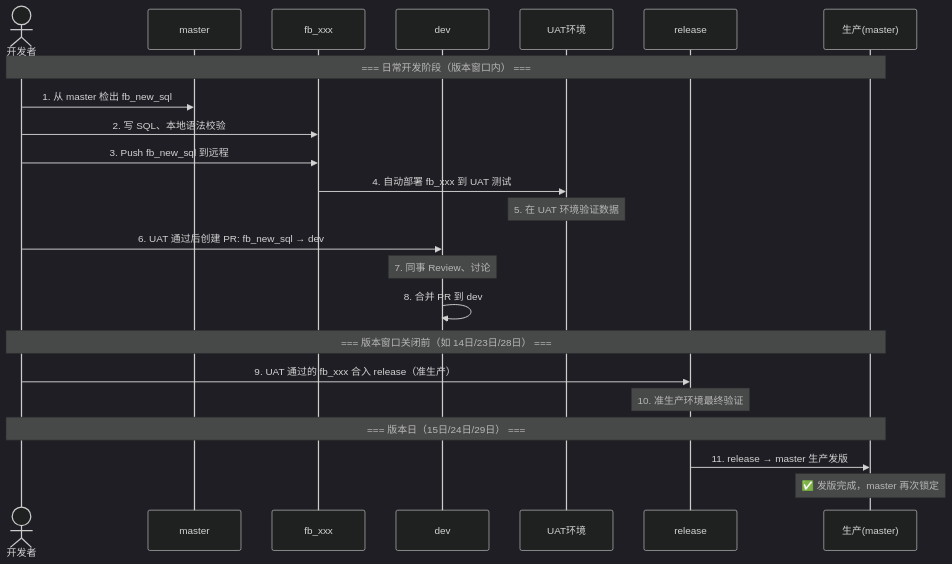
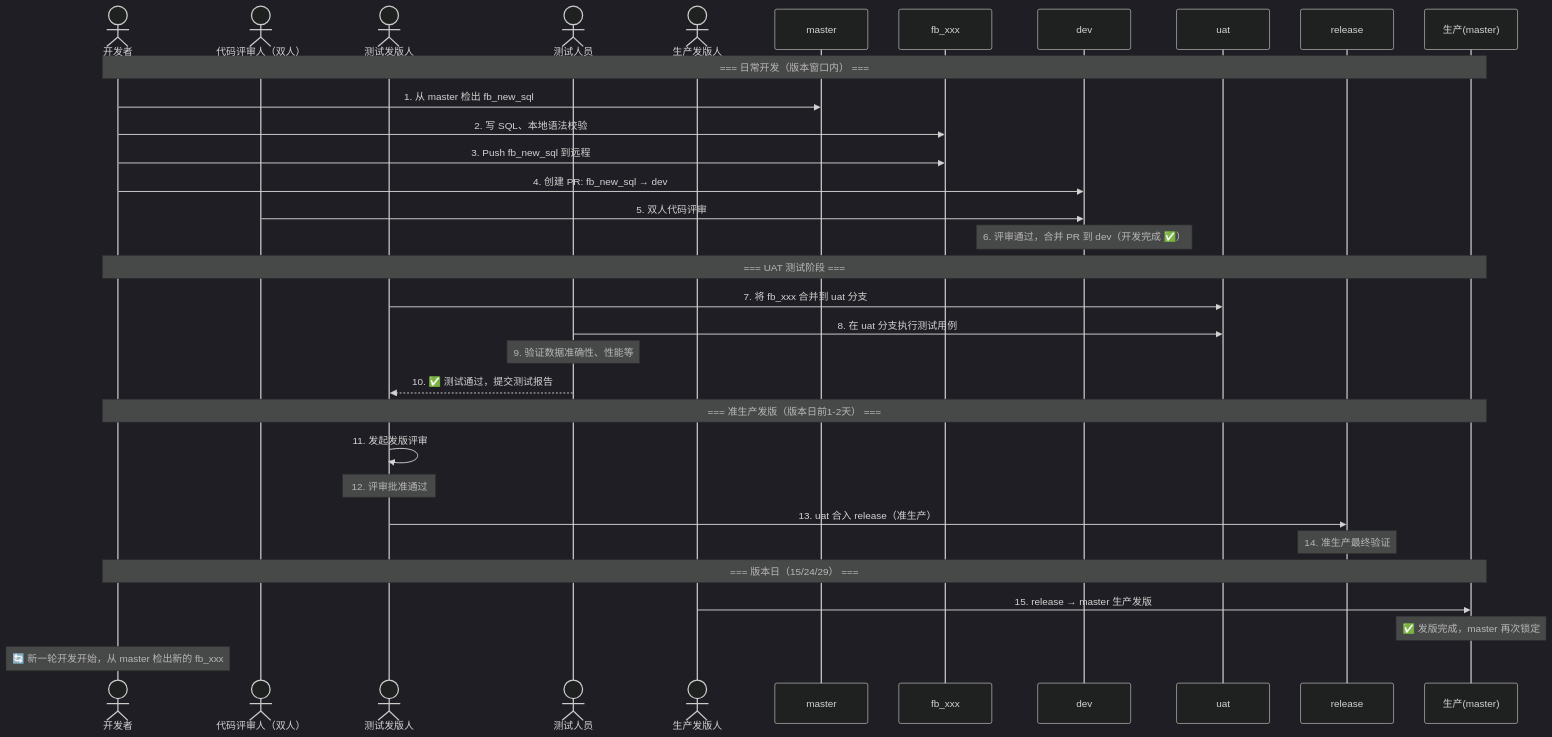
One commit to livebug/vpblogs changed the fourth of 19 diagrams in docs/learn/VSCodeEx/2026-07-11-vscode-git-guide.md. Above: the diagram before and after it, drawn with Mermaid (dark theme). The commit also changed other lines of this file and 6 other files, not shown here.

First line of the commit message:
feat: ETL Git 操作手册 + Mermaid 图表渲染 + 页面美化

````diff
--- a/docs/learn/VSCodeEx/2026-07-11-vscode-git-guide.md
+++ b/docs/learn/VSCodeEx/2026-07-11-vscode-git-guide.md
@@ -183,28 +189,39 @@
 ```mermaid
 sequenceDiagram
     actor 你 as 开发者
+    actor 评审 as 代码评审人（双人）
+    actor 测试发版 as 测试发版人
+    actor 测试 as 测试人员
+    actor 生产发版 as 生产发版人
     participant Master as master
     participant FB as fb_xxx
     participant Dev as dev
-    participant UAT as UAT环境
+    participant Uat as uat
     participant Rel as release
     participant Prod as 生产(master)
 
-    Note over 你,Prod: === 日常开发阶段（版本窗口内） ===
+    Note over 你,Prod: === 日常开发（版本窗口内） ===
     你->>Master: 1. 从 master 检出 fb_new_sql
     你->>FB: 2. 写 SQL、本地语法校验
     你->>FB: 3. Push fb_new_sql 到远程
-    FB->>UAT: 4. 自动部署 fb_xxx 到 UAT 测试
-    Note over UAT: 5. 在 UAT 环境验证数据
-    你->>Dev: 6. UAT 通过后创建 PR: fb_new_sql → dev
-    Note over Dev: 7. 同事 Review、讨论
-    Dev->>Dev: 8. 合并 PR 到 dev
+    你->>Dev: 4. 创建 PR: fb_new_sql → dev
+    评审->>Dev: 5. 双人代码评审
+    Note over Dev: 6. 评审通过，合并 PR 到 dev（开发完成 ✅）
 
-    Note over 你,Prod: === 版本窗口关闭前（如 14日/23日/28日） ===
-    你->>Rel: 9. UAT 通过的 fb_xxx 合入 release（准生产）
-    Note over Rel: 10. 准生产环境最终验证
+    Note over 你,Prod: === UAT 测试阶段 ===
+    测试发版->>Uat: 7. 将 fb_xxx 合并到 uat 分支
+    测试->>Uat: 8. 在 uat 分支执行测试用例
+    Note over 测试: 9. 验证数据准确性、性能等
+    测试-->>测试发版: 10. ✅ 测试通过，提交测试报告
 
-    Note over 你,Prod: === 版本日（15日/24日/29日） ===
-    Rel->>Prod: 11. release → master 生产发版
+    Note over 你,Prod: === 准生产发版（版本日前1-2天） ===
+    测试发版->>测试发版: 11. 发起发版评审
+    Note over 测试发版: 12. 评审批准通过
+    测试发版->>Rel: 13. uat 合入 release（准生产）
+    Note over Rel: 14. 准生产最终验证
+
+    Note over 你,Prod: === 版本日（15/24/29） ===
+    生产发版->>Prod: 15. release → master 生产发版
     Note over Prod: ✅ 发版完成，master 再次锁定
+    Note over 你: 🔄 新一轮开发开始，从 master 检出新的 fb_xxx
 ```
````
